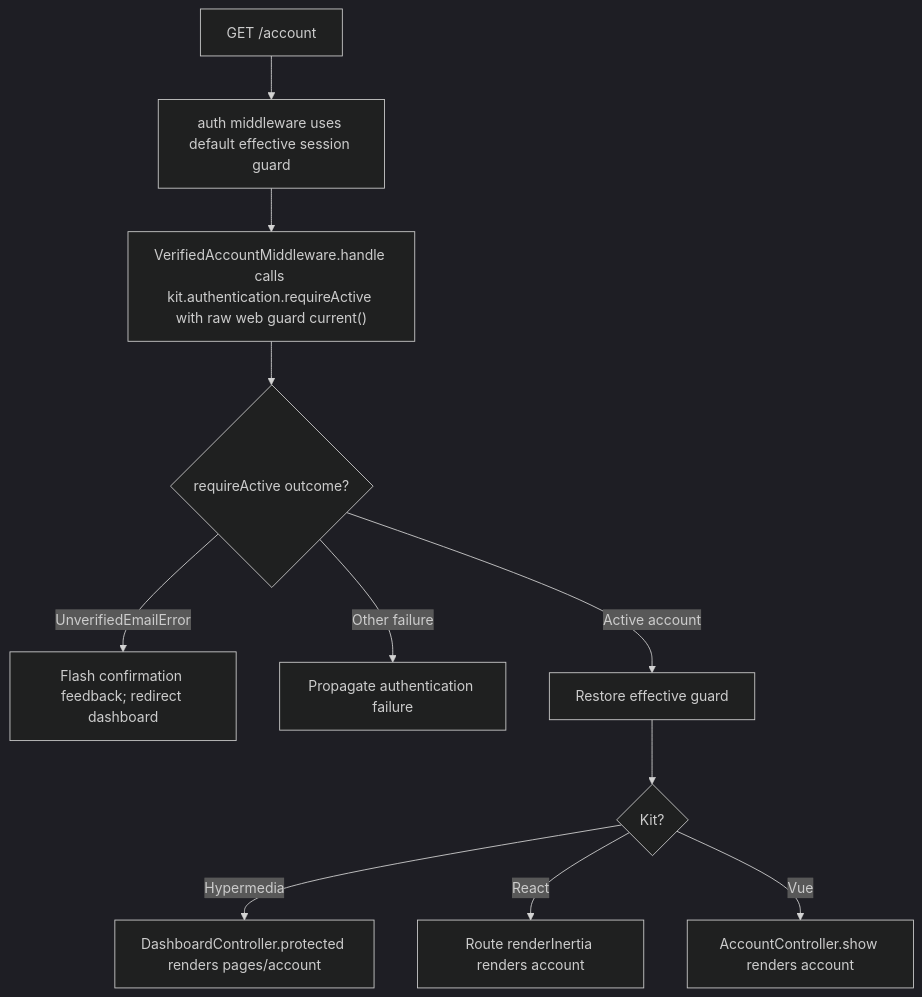
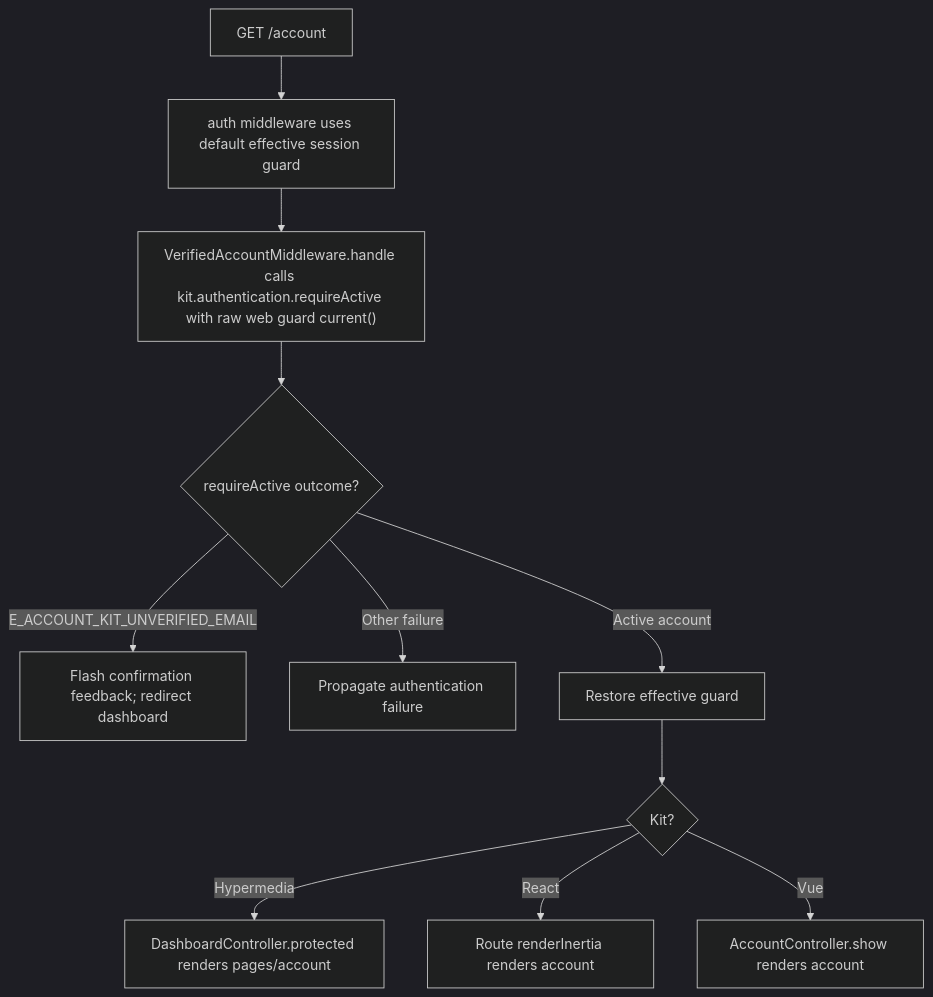
Before and after one commit to Kevinjohn/oss-adonisjs-starter-examples: the second of 2 diagrams in user-stories/accounts/us-account-14-open-protected-account.md, drawn with Mermaid (dark theme). The commit also changed 68 other files, not shown here.

````diff
--- a/user-stories/accounts/us-account-14-open-protected-account.md
+++ b/user-stories/accounts/us-account-14-open-protected-account.md
@@ -33,13 +33,13 @@
 ```mermaid
 flowchart TD
     A["GET /account"] --> B["auth middleware uses default effective session guard"]
     B --> C["VerifiedAccountMiddleware.handle calls kit.authentication.requireActive with raw web guard current()"]
     C --> D{"requireActive outcome?"}
-    D -->|UnverifiedEmailError| E["Flash confirmation feedback; redirect dashboard"]
+    D -->|E_ACCOUNT_KIT_UNVERIFIED_EMAIL| E["Flash confirmation feedback; redirect dashboard"]
     D -->|Other failure| F["Propagate authentication failure"]
     D -->|Active account| R["Restore effective guard"]
     R --> G{"Kit?"}
     G -->|Hypermedia| H["DashboardController.protected renders pages/account"]
     G -->|React| I["Route renderInertia renders account"]
     G -->|Vue| J["AccountController.show renders account"]
 ```
````
